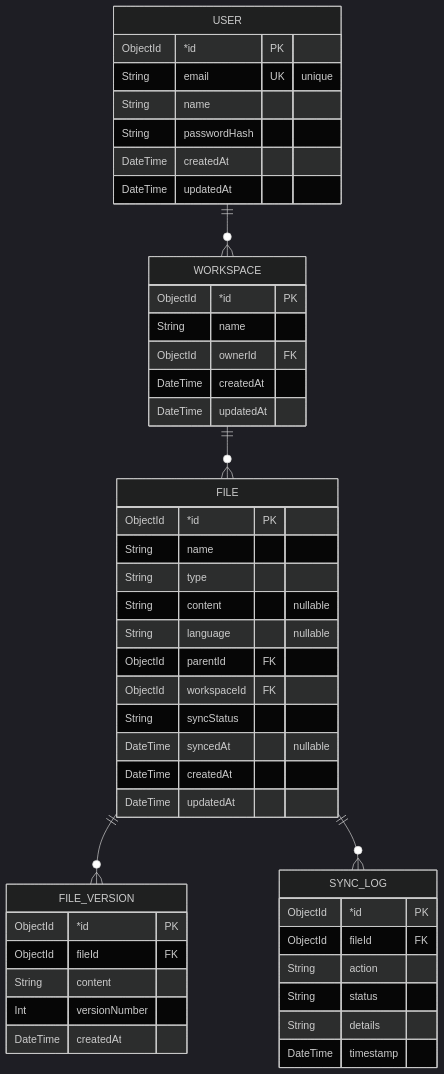
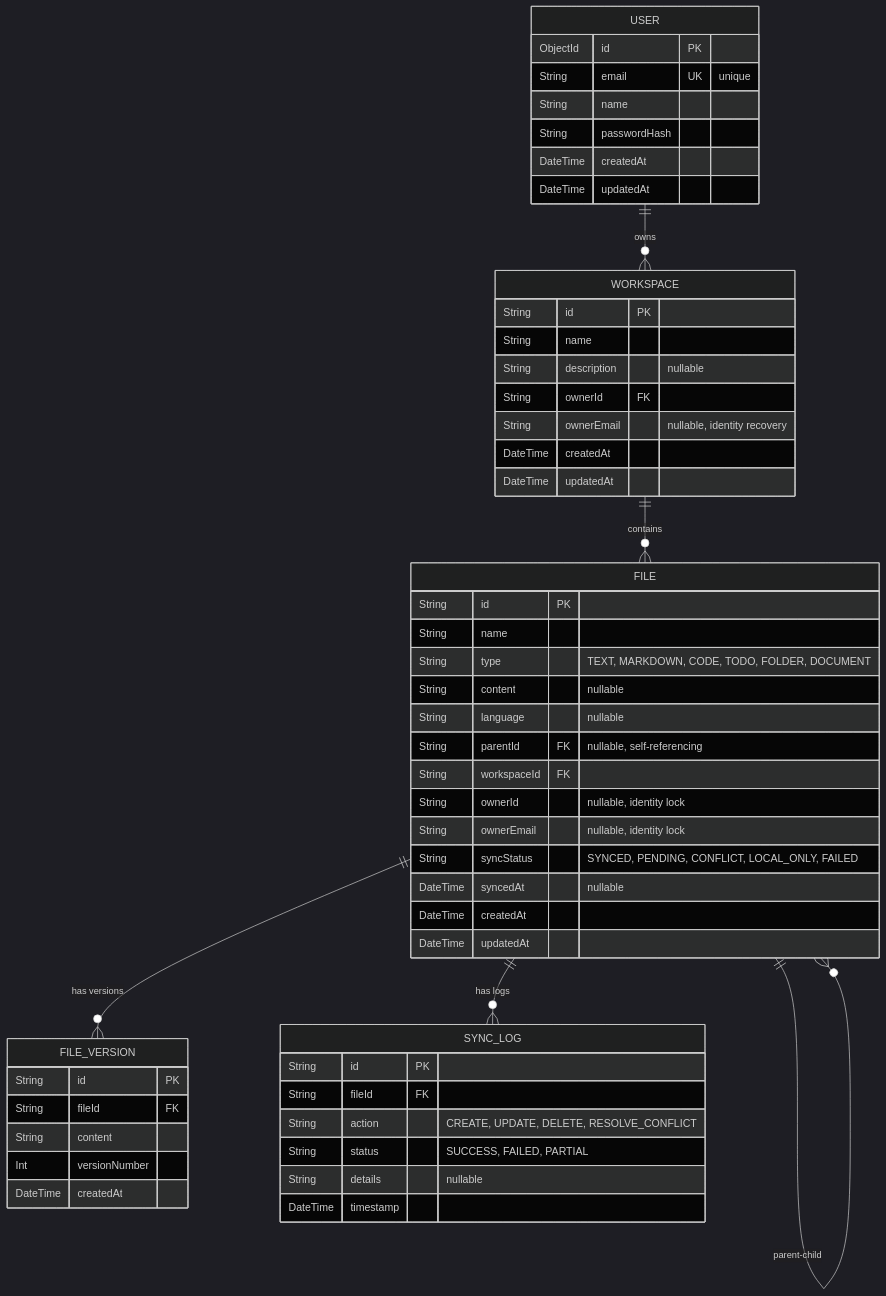
Before and after one commit to codervipul775/Safar: the diagram in erDiagram.md, drawn with Mermaid (dark theme). The commit also changed 3 other files, not shown here.

Commit message:
docs: update sequence diagrams to reflect authentication, file management, and synchronization workflows

````diff
--- a/erDiagram.md
+++ b/erDiagram.md
@@ -5,56 +5,60 @@
 ```mermaid
 erDiagram
     USER {
-        ObjectId *id PK
+        ObjectId id PK
         String email UK "unique"
         String name
         String passwordHash
         DateTime createdAt
         DateTime updatedAt
     }
 
     WORKSPACE {
-        ObjectId *id PK
+        String id PK
         String name
-        ObjectId ownerId FK
+        String description "nullable"
+        String ownerId FK
+        String ownerEmail "nullable, identity recovery"
         DateTime createdAt
         DateTime updatedAt
     }
 
     FILE {
-        ObjectId *id PK
+        String id PK
         String name
-        String type
+        String type "TEXT, MARKDOWN, CODE, TODO, FOLDER, DOCUMENT"
         String content "nullable"
         String language "nullable"
-        ObjectId parentId FK
-        ObjectId workspaceId FK
-        String syncStatus
+        String parentId FK "nullable, self-referencing"
+        String workspaceId FK
+        String ownerId "nullable, identity lock"
+        String ownerEmail "nullable, identity lock"
+        String syncStatus "SYNCED, PENDING, CONFLICT, LOCAL_ONLY, FAILED"
         DateTime syncedAt "nullable"
         DateTime createdAt
         DateTime updatedAt
     }
 
     FILE_VERSION {
-        ObjectId *id PK
-        ObjectId fileId FK
+        String id PK
+        String fileId FK
         String content
         Int versionNumber
         DateTime createdAt
     }
 
     SYNC_LOG {
-        ObjectId *id PK
-        ObjectId fileId FK
-        String action
-        String status
-        String details
+        String id PK
+        String fileId FK
+        String action "CREATE, UPDATE, DELETE, RESOLVE_CONFLICT"
+        String status "SUCCESS, FAILED, PARTIAL"
+        String details "nullable"
         DateTime timestamp
     }
 
-    USER ||--o{ WORKSPACE : ""
-    WORKSPACE ||--o{ FILE : ""
-    FILE ||--o{ FILE_VERSION : ""
-    FILE ||--o{ SYNC_LOG : ""
-
+    USER ||--o{ WORKSPACE : "owns"
+    WORKSPACE ||--o{ FILE : "contains"
+    FILE ||--o{ FILE : "parent-child"
+    FILE ||--o{ FILE_VERSION : "has versions"
+    FILE ||--o{ SYNC_LOG : "has logs"
 ```
````
